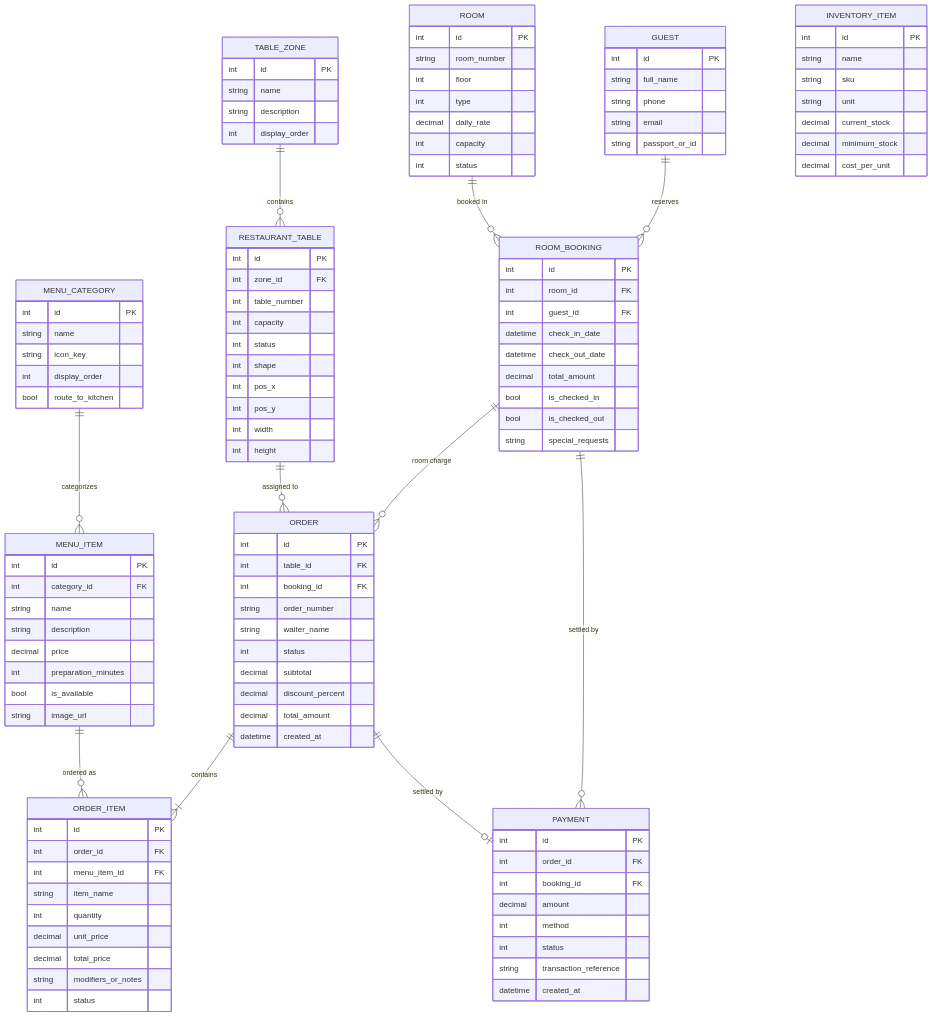
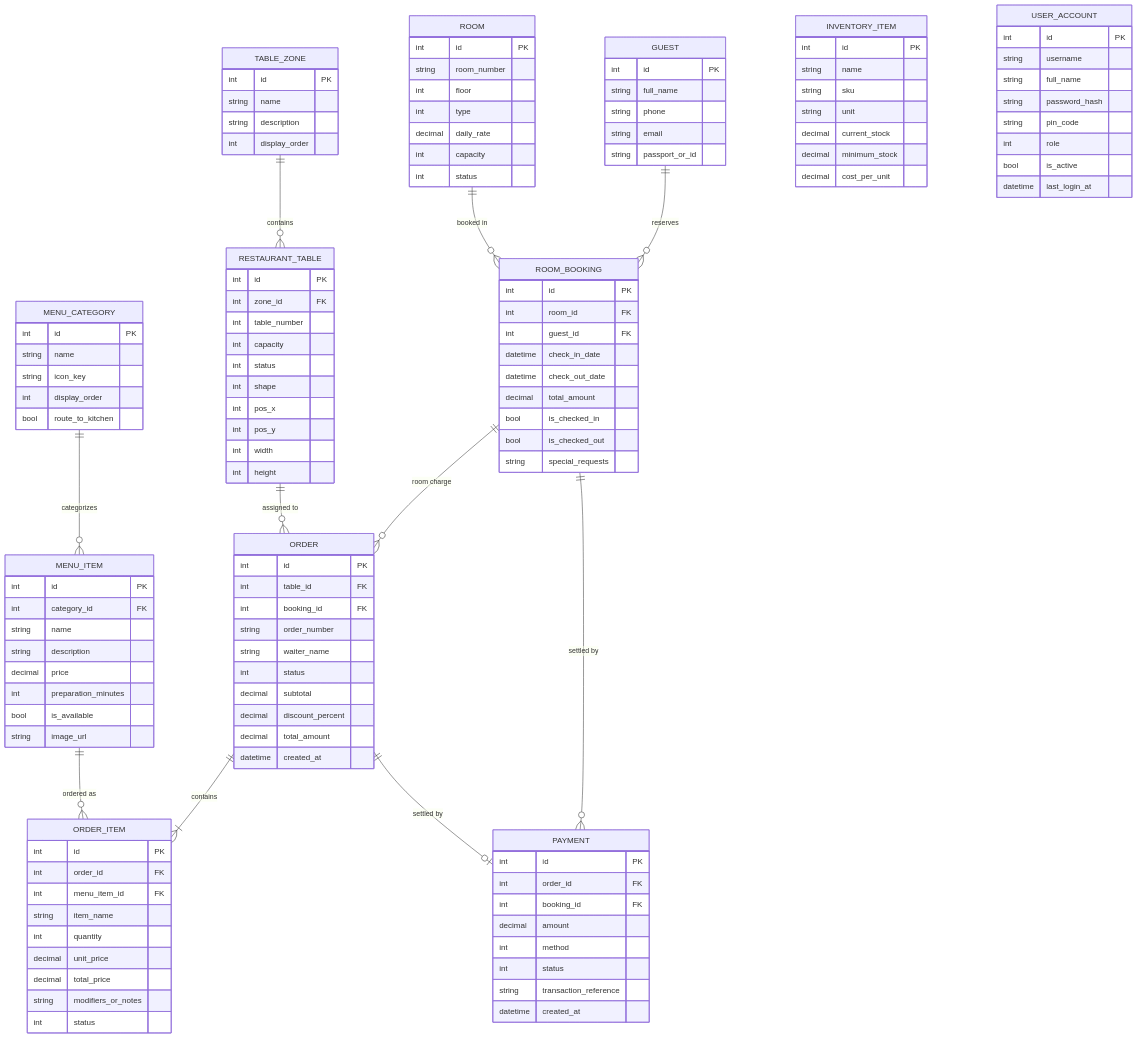
The third of 3 diagrams in README.md (MrTomkaYurii/WinForms-HoReCa-Mastery), drawn with Mermaid before and after one commit. The commit also changed other lines of this file and 13 other files, not shown here.

```diff
--- a/README.md
+++ b/README.md
@@ -186,6 +186,17 @@
         decimal cost_per_unit
     }
 
+    USER_ACCOUNT {
+        int id PK
+        string username
+        string full_name
+        string password_hash
+        string pin_code
+        int role
+        bool is_active
+        datetime last_login_at
+    }
+
     PAYMENT {
         int id PK
         int order_id FK
```
